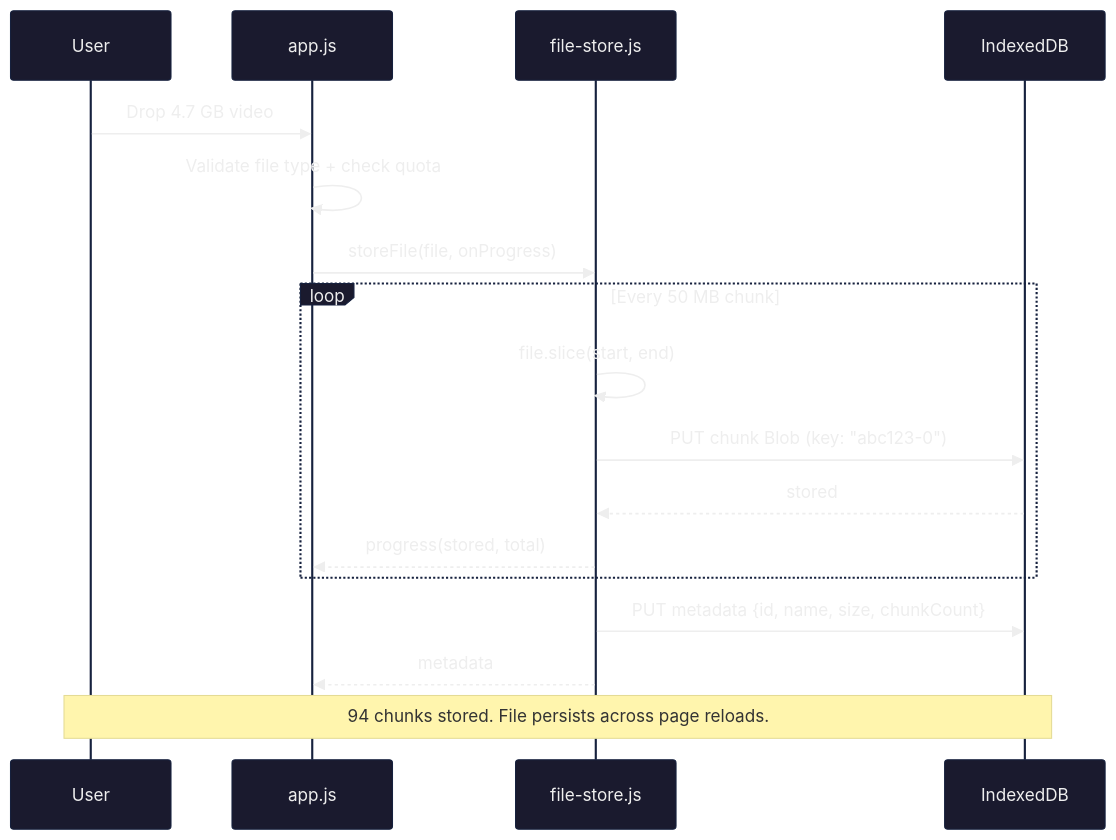
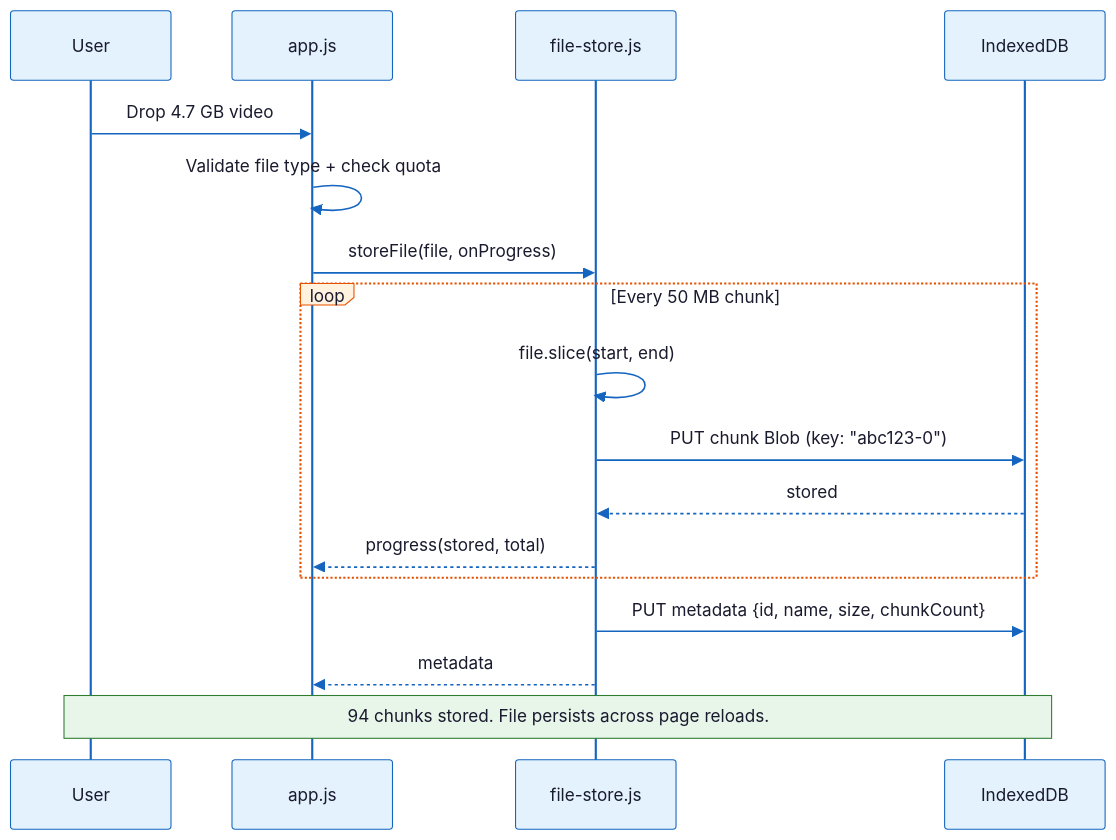
The diagram in docs/diagrams/02-chunked-storage-flow.mmd (gjovanov/audio-waveform), drawn with Mermaid before and after one commit. The commit also changed 13 other files, not shown here.

First line of the commit message:
Re-render diagrams with light/neutral theme for Medium compatibility

```diff
--- a/docs/diagrams/02-chunked-storage-flow.mmd
+++ b/docs/diagrams/02-chunked-storage-flow.mmd
@@ -1,22 +1,22 @@
-%%{init: {'theme': 'base', 'themeVariables': {'primaryColor': '#1a1a2e', 'primaryTextColor': '#eee', 'primaryBorderColor': '#16213e', 'lineColor': '#4fc3f7', 'secondaryColor': '#0f3460'}}}%%
+%%{init: {'theme': 'base', 'themeVariables': {'actorBkg': '#e3f2fd', 'actorBorder': '#1565c0', 'actorTextColor': '#1a1a2e', 'actorLineColor': '#1565c0', 'signalColor': '#1565c0', 'signalTextColor': '#1a1a2e', 'labelBoxBkgColor': '#fff3e0', 'labelBoxBorderColor': '#e65100', 'labelTextColor': '#1a1a2e', 'loopTextColor': '#1a1a2e', 'noteBkgColor': '#e8f5e9', 'noteBorderColor': '#2e7d32', 'noteTextColor': '#1a1a2e', 'activationBkgColor': '#bbdefb', 'activationBorderColor': '#1565c0', 'sequenceNumberColor': '#ffffff'}}}%%
 sequenceDiagram
     participant User as User
     participant App as app.js
     participant FS as file-store.js
     participant IDB as IndexedDB
 
     User->>App: Drop 4.7 GB video
     App->>App: Validate file type + check quota
     App->>FS: storeFile(file, onProgress)
 
     loop Every 50 MB chunk
         FS->>FS: file.slice(start, end)
         FS->>IDB: PUT chunk Blob (key: "abc123-0")
         IDB-->>FS: stored
         FS-->>App: progress(stored, total)
     end
 
     FS->>IDB: PUT metadata {id, name, size, chunkCount}
     FS-->>App: metadata
 
     Note over User,IDB: 94 chunks stored. File persists across page reloads.
```
